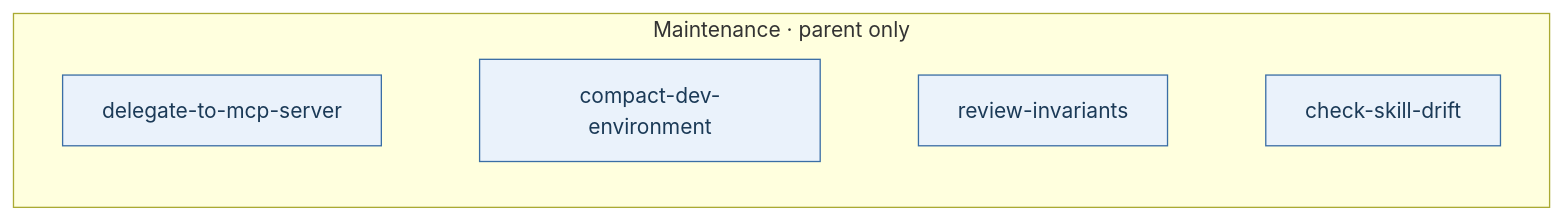
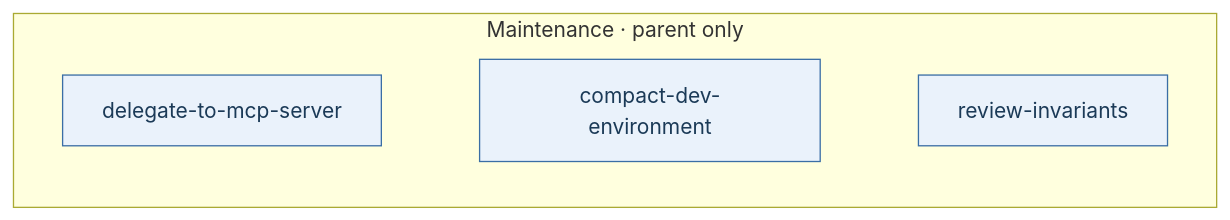
One commit to docktermj/senzing-bootcamp-claude-plugin-development changed the second of 4 diagrams in docs/FAMILY_WORKFLOW.md. Above: the diagram before and after it, drawn with Mermaid. The commit also changed other lines of this file and 9 other files, not shown here.

First line of the commit message:
chore(skills): retire /check-skill-drift

````diff
--- a/docs/FAMILY_WORKFLOW.md
+++ b/docs/FAMILY_WORKFLOW.md
@@ -113,9 +113,9 @@
 ```mermaid
 flowchart LR
     subgraph M["Maintenance · parent only"]
         direction LR
-        M1["delegate-to-mcp-server"] ~~~ M2["compact-dev-environment"] ~~~ M3["review-invariants"] ~~~ M4["check-skill-drift"]
+        M1["delegate-to-mcp-server"] ~~~ M2["compact-dev-environment"] ~~~ M3["review-invariants"]
     end
     classDef cmd fill:#eaf2fb,stroke:#3a6ea5,color:#1b3a57
-    class M1,M2,M3,M4 cmd
+    class M1,M2,M3 cmd
 ```
````
